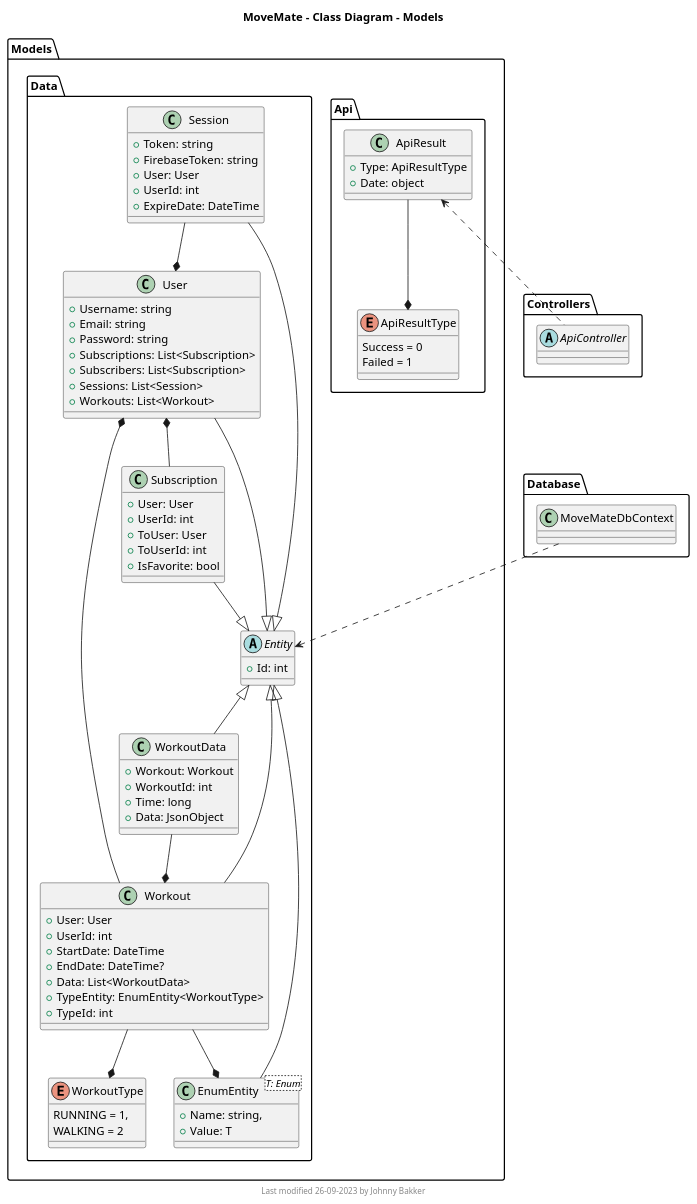
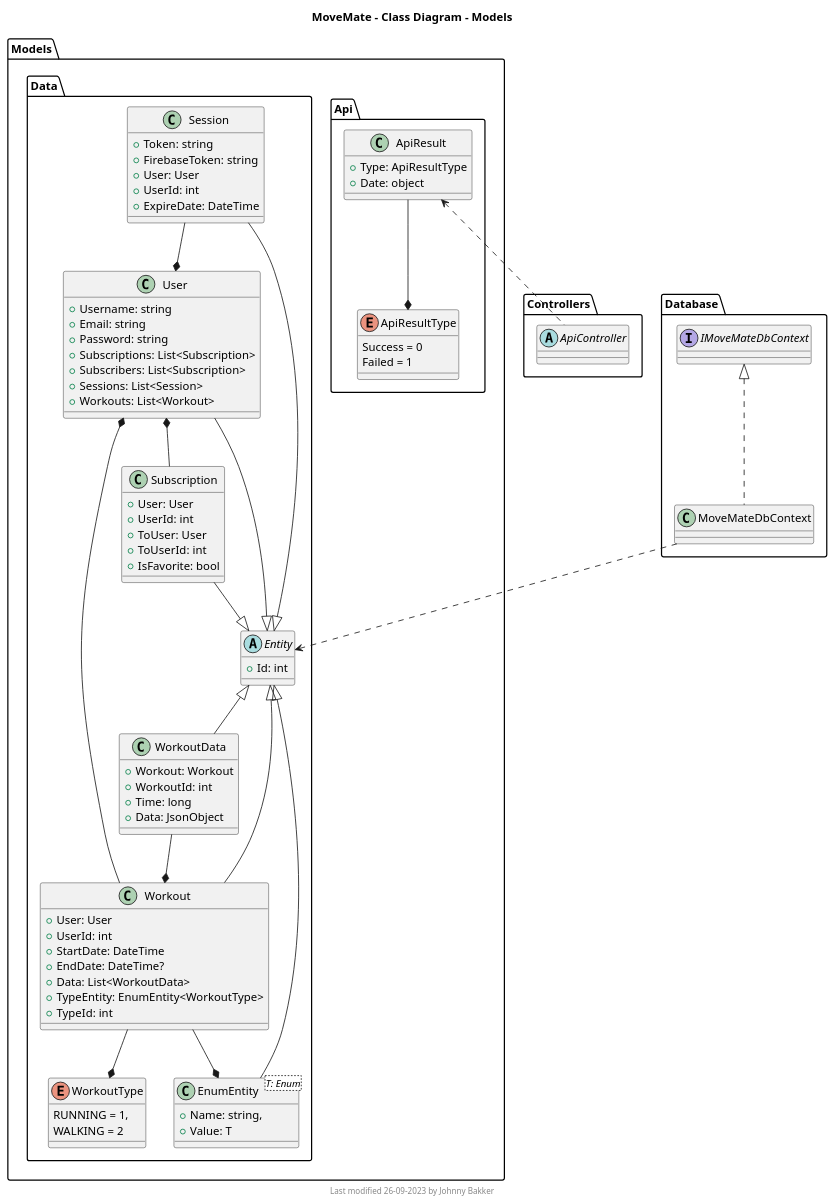
Before and after one commit to johnnybakker/MoveMateWebApi: the diagram in Diagrams/ClassDiagram-Models.puml, drawn with PlantUML. The commit also changed 4 other files, not shown here.

Commit message:
updated diagrams

```diff
--- a/Diagrams/ClassDiagram-Models.puml
+++ b/Diagrams/ClassDiagram-Models.puml
@@ -1,122 +1,124 @@
 @startuml Class Diagram - Models
 
 
 	title MoveMate - Class Diagram - Models
 	footer Last modified 26-09-2023 by Johnny Bakker
-
 
 	namespace Models {
 
 		namespace Api {
 
 			class ApiResult {
 				+Type: ApiResultType
 				+Date: object
 			}
 
 			enum ApiResultType {
 				Success = 0
 				Failed = 1
 			}
 
 			ApiResult --* ApiResultType
 		}
 
 		namespace Data {
 
 			class Session {
 				+Token: string
 				+FirebaseToken: string
 				+User: User
 				+UserId: int
 				+ExpireDate: DateTime
 			}
 
 			class Subscription {
 				+User: User
 				+UserId: int
 				+ToUser: User
 				+ToUserId: int
 				+IsFavorite: bool
 			}
 
 			class User {		
 				+Username: string
 				+Email: string
 				+Password: string
 				+Subscriptions: List<Subscription>
 				+Subscribers: List<Subscription>
 				+Sessions: List<Session>
 				+Workouts: List<Workout> 
 			}
 
 			User --|> Entity
 			Session --|> Entity
 			Subscription --|> Entity
 
 
 			Session --* User 
 			User *-- Subscription
 			Workout --* User
 
 			abstract Entity {
 				+Id: int
 			}
 
 			class EnumEntity<T: Enum> {
 				+Name: string,
 				+Value: T
 			}
 
 			class Workout {
 				+User: User
 				+UserId: int
 				+StartDate: DateTime
 				+EndDate: DateTime?
 				+Data: List<WorkoutData>
 				+TypeEntity: EnumEntity<WorkoutType>
 				+TypeId: int
 			}
 			
 			class WorkoutData {
 				+Workout: Workout
 				+WorkoutId: int
 				+Time: long
 				+Data: JsonObject
 			}
 
 			enum WorkoutType {
 				RUNNING = 1,
 				WALKING = 2
 			}
 
 			Workout --* WorkoutType 
 			Entity <|-- EnumEntity
 			Entity <|-- Workout
 			Entity <|-- WorkoutData
 
 
 	
 			Workout --* EnumEntity
 			WorkoutData --* Workout
 
 
 
 		}
 
 
 	}
 
 	namespace Controllers {
 		abstract ApiController
 	}
 
 	Models.Api.ApiResult <.. Controllers.ApiController 
 
 	namespace Database {
 		class MoveMateDbContext
+		interface IMoveMateDbContext
+
+		IMoveMateDbContext <|.. MoveMateDbContext
 	}
 
 	Database.MoveMateDbContext ..> Models.Data.Entity
 
 @enduml
```
